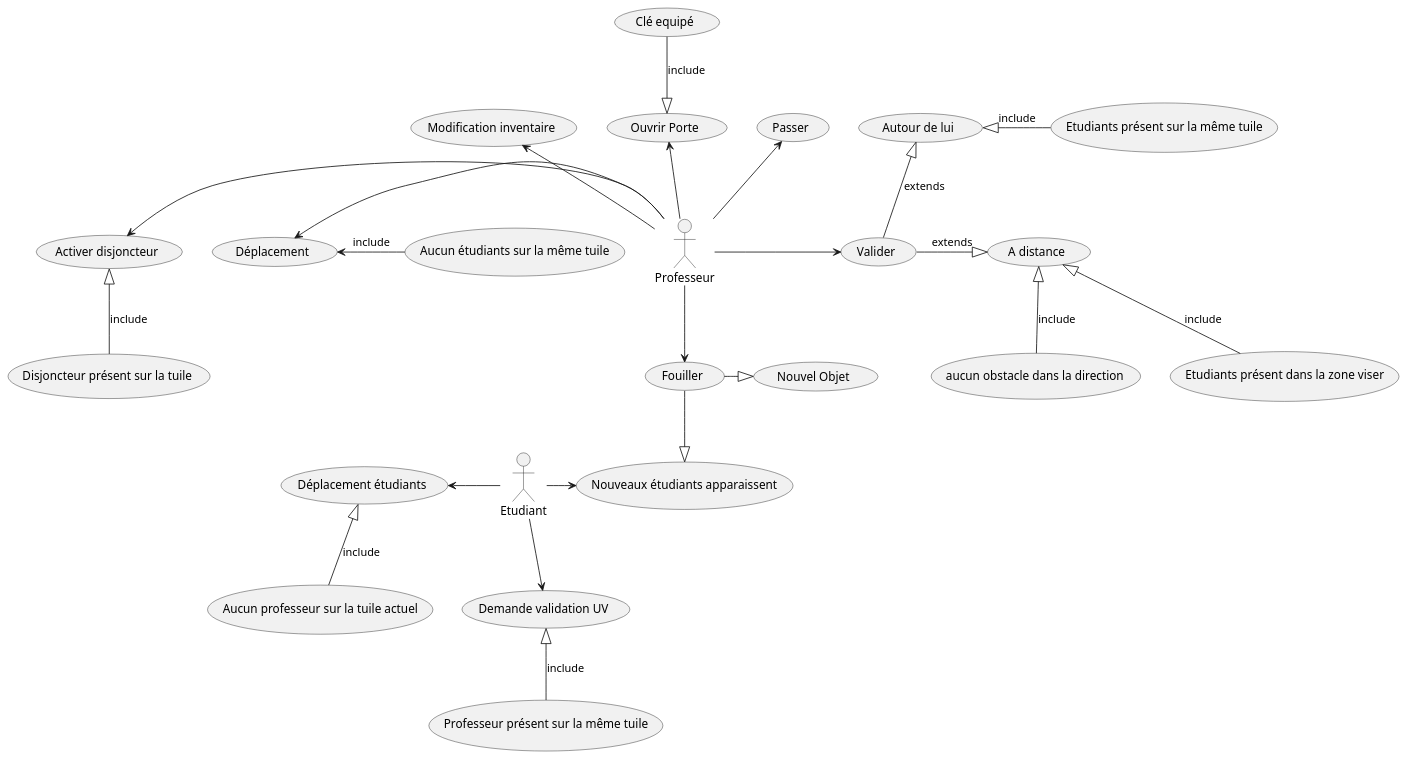
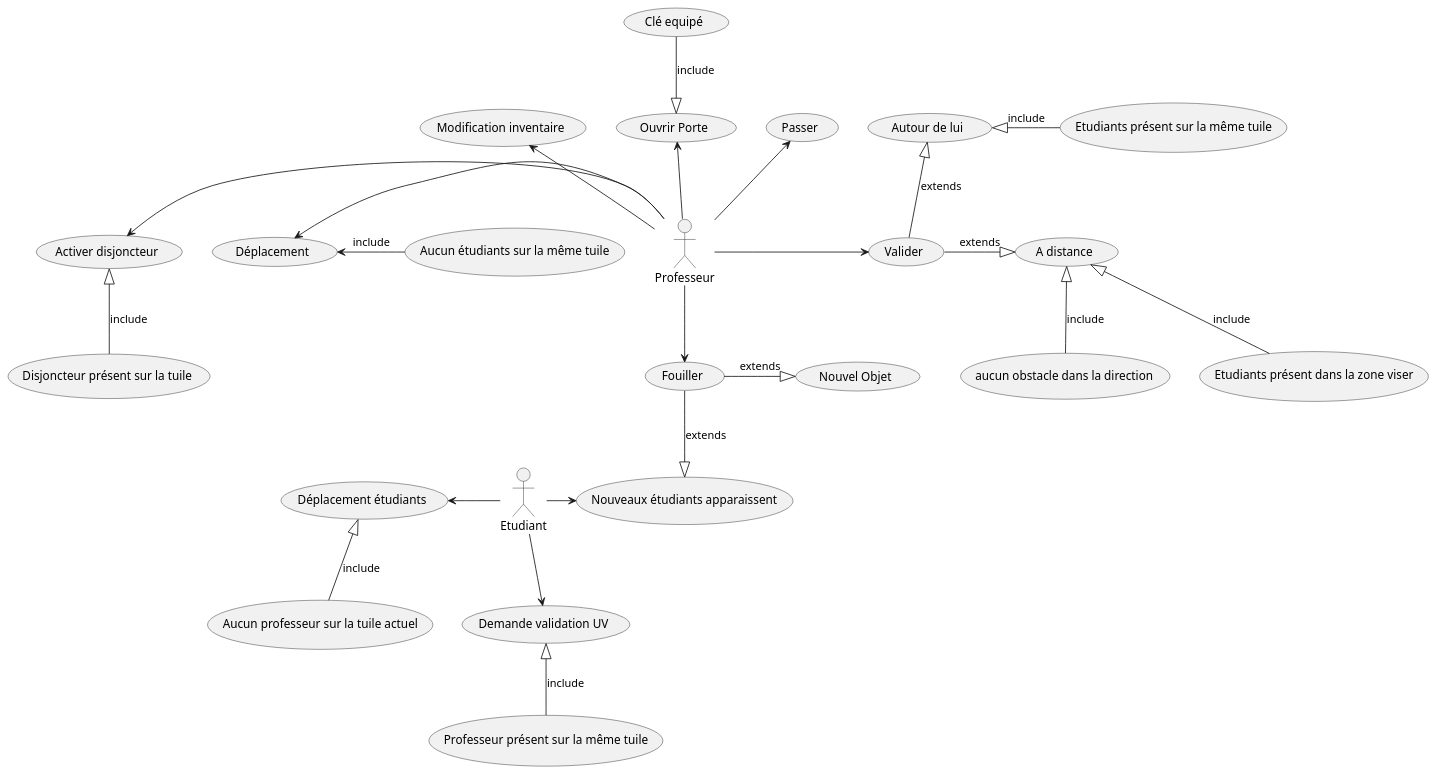
Before and after one commit to Erathriel/Projet_LO43: the diagram in UML/Diag_UseCase.puml, drawn with PlantUML.

Commit message:
Menu Fait manque plus que les images et les action listener pour les Button

```diff
--- a/UML/Diag_UseCase.puml
+++ b/UML/Diag_UseCase.puml
@@ -1,27 +1,27 @@
  @startuml
 :Professeur: as Prof
 :Etudiant: as Etu
 Prof -up-> (Passer)
 Prof -left-> (Déplacement)
 (Déplacement)<- (Aucun étudiants sur la même tuile) :include
 Prof -> (Valider)
 (Valider) -up-|> (Autour de lui) : extends
 (Autour de lui) <|-right- (Etudiants présent sur la même tuile) : include
 (Valider) -right-|> (A distance) :extends
 (A distance) <|-- (aucun obstacle dans la direction) :include
 (A distance) <|-- (Etudiants présent dans la zone viser) :include
 Prof --> (Fouiller)
-(Fouiller) -right-|> (Nouvel Objet)
-(Fouiller) --|> (Nouveaux étudiants apparaissent)
+(Fouiller) -right-|> (Nouvel Objet) : extends
+(Fouiller) --|> (Nouveaux étudiants apparaissent) :extends
 Prof -up-> (Ouvrir Porte)
 (Ouvrir Porte) <|-up- (Clé equipé) :include
 Prof -up-> (Modification inventaire)
 Prof -left-> (Activer disjoncteur)
 (Activer disjoncteur) <|-- (Disjoncteur présent sur la tuile) :include
 Etu ->(Nouveaux étudiants apparaissent)
 Etu -down-> (Demande validation UV)
 (Demande validation UV) <|-- (Professeur présent sur la même tuile) :include
 Etu -left-> (Déplacement étudiants)
 (Déplacement étudiants) <|-- (Aucun professeur sur la tuile actuel) :include
 
 @enduml
```
